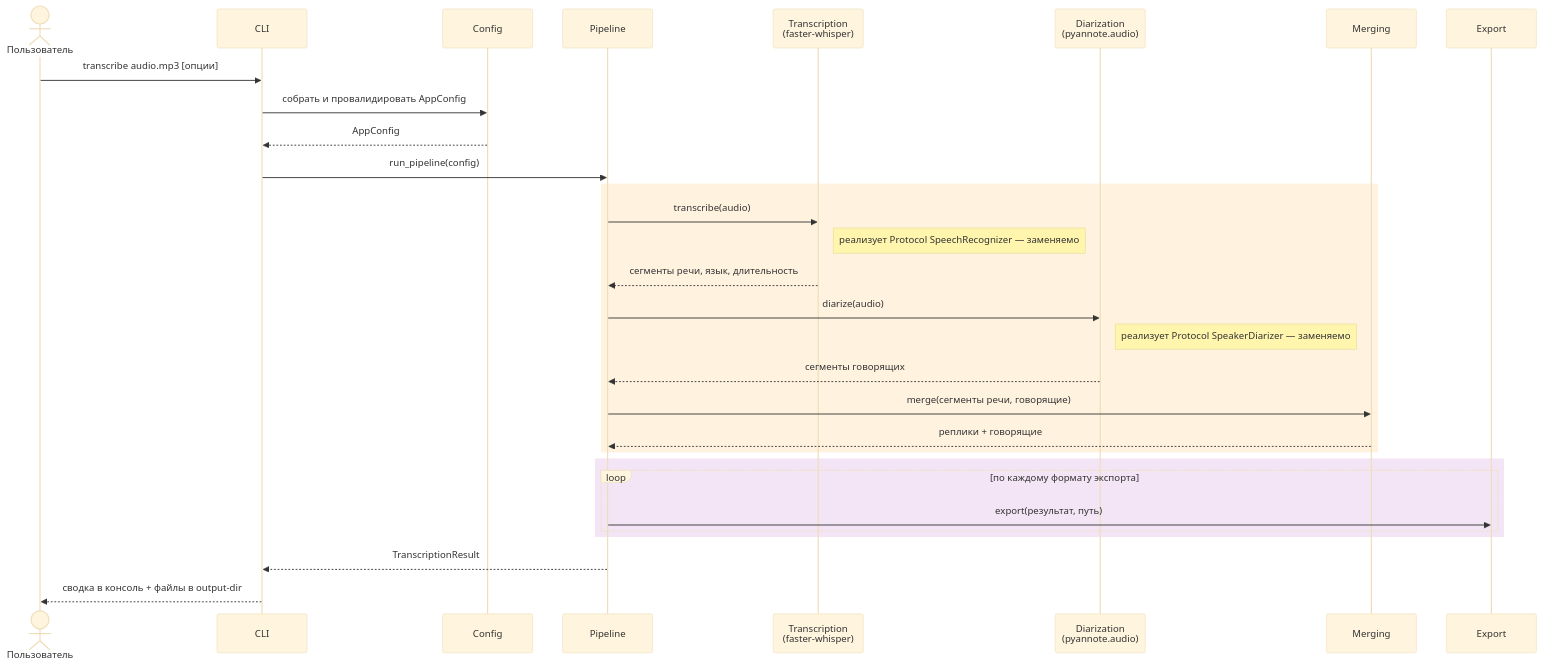
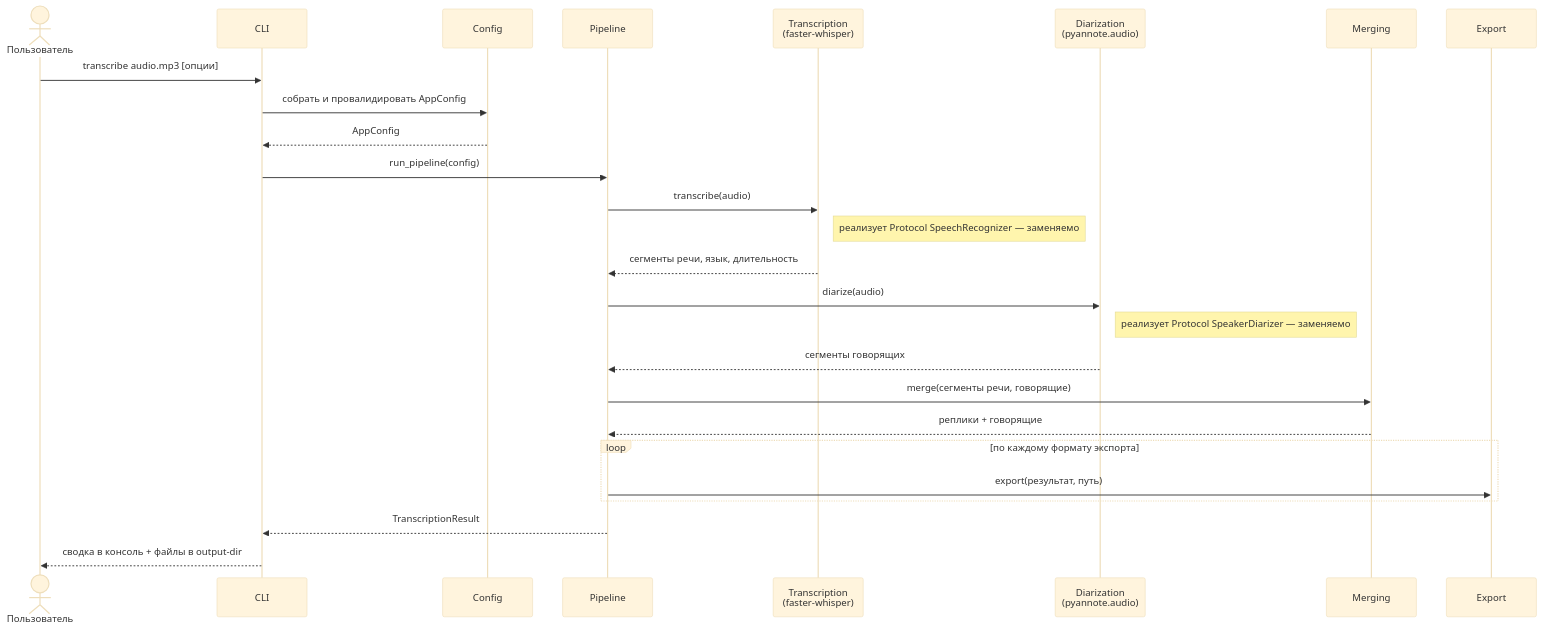
Before and after one commit to nikit-starcev/PyAudioTranscriptor: the diagram in README.md, drawn with Mermaid (base theme). The commit also changed other lines of this file, not shown here.

First line of the commit message:
docs(readme): убрана цветная заливка из sequenceDiagram и лишняя ремарка про config.env

````diff
--- a/README.md
+++ b/README.md
@@ -345,38 +343,34 @@
 ```mermaid
 sequenceDiagram
     actor User as Пользователь
     participant CLI
     participant Config
     participant Pipeline
     participant ASR as Transcription<br/>(faster-whisper)
     participant Diar as Diarization<br/>(pyannote.audio)
     participant Merge as Merging
     participant Export as Export
 
     User->>CLI: transcribe audio.mp3 [опции]
     CLI->>Config: собрать и провалидировать AppConfig
     Config-->>CLI: AppConfig
     CLI->>Pipeline: run_pipeline(config)
 
-    rect rgb(255, 243, 224)
     Pipeline->>ASR: transcribe(audio)
     Note right of ASR: реализует Protocol SpeechRecognizer — заменяемо
     ASR-->>Pipeline: сегменты речи, язык, длительность
 
     Pipeline->>Diar: diarize(audio)
     Note right of Diar: реализует Protocol SpeakerDiarizer — заменяемо
     Diar-->>Pipeline: сегменты говорящих
 
     Pipeline->>Merge: merge(сегменты речи, говорящие)
     Merge-->>Pipeline: реплики + говорящие
-    end
 
-    rect rgb(243, 229, 245)
     loop по каждому формату экспорта
         Pipeline->>Export: export(результат, путь)
-    end
     end
 
     Pipeline-->>CLI: TranscriptionResult
     CLI-->>User: сводка в консоль + файлы в output-dir
 ```
````
